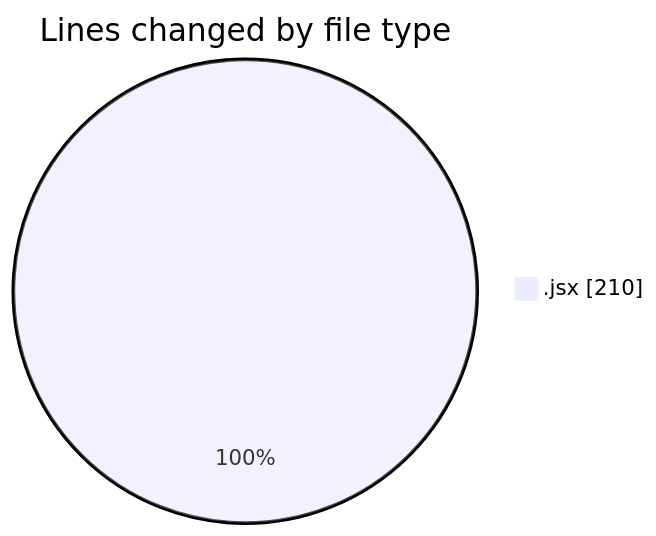
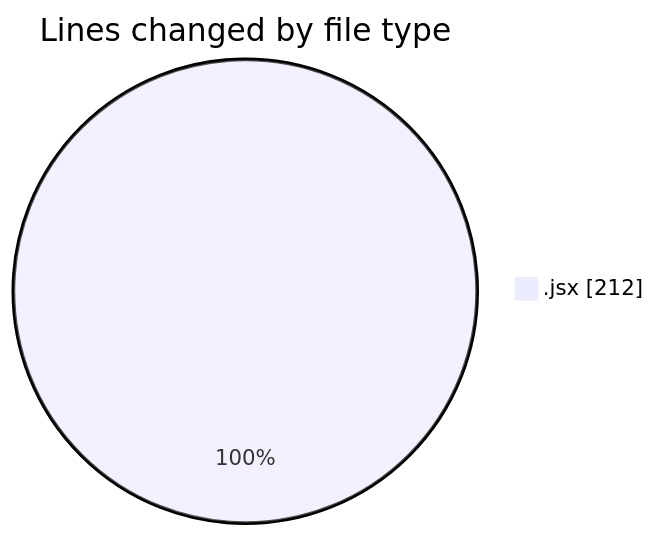
The first of 2 diagrams in 2025-11-13/argos/README.md (nxtqubesakshisongat/code-tracking), drawn with Mermaid before and after one commit. The commit also changed other lines of this file and 1 other file, not shown here.

````diff
--- a/2025-11-13/argos/README.md
+++ b/2025-11-13/argos/README.md
@@ -20,5 +20,5 @@
 ```mermaid
 pie showData
 title Lines changed by file type
-".jsx" : 210
+".jsx" : 212
 ```
````
